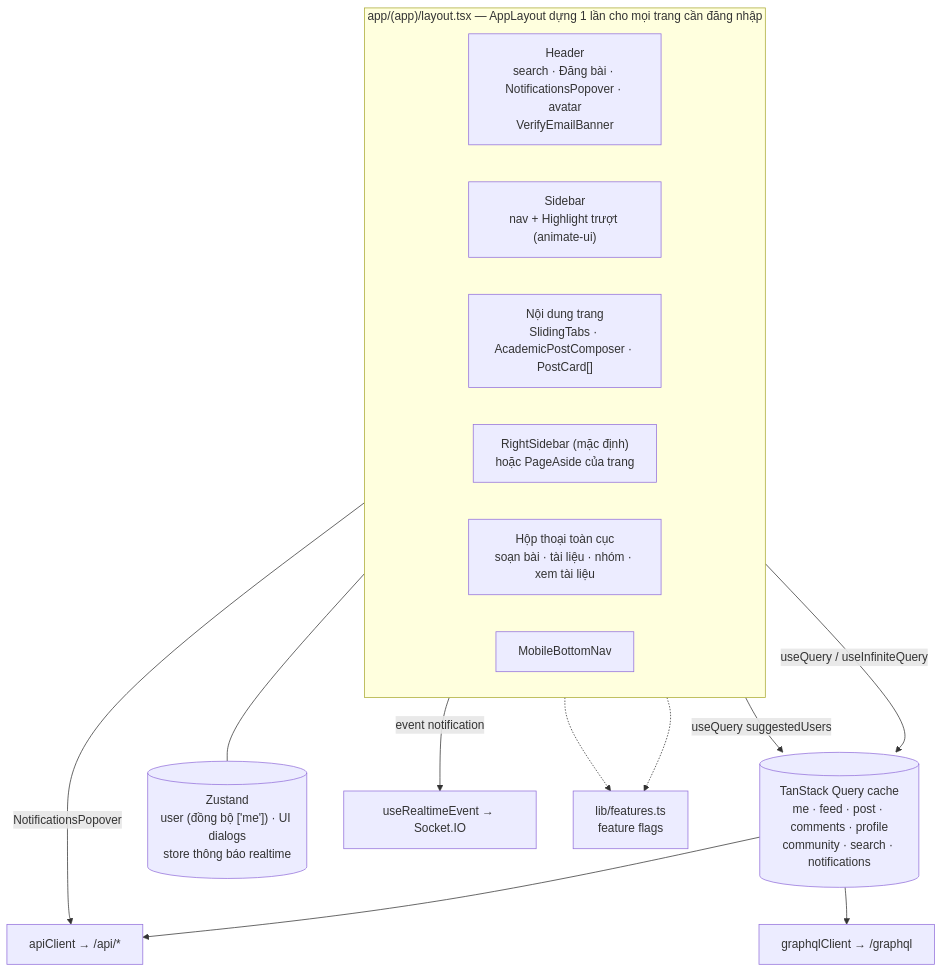
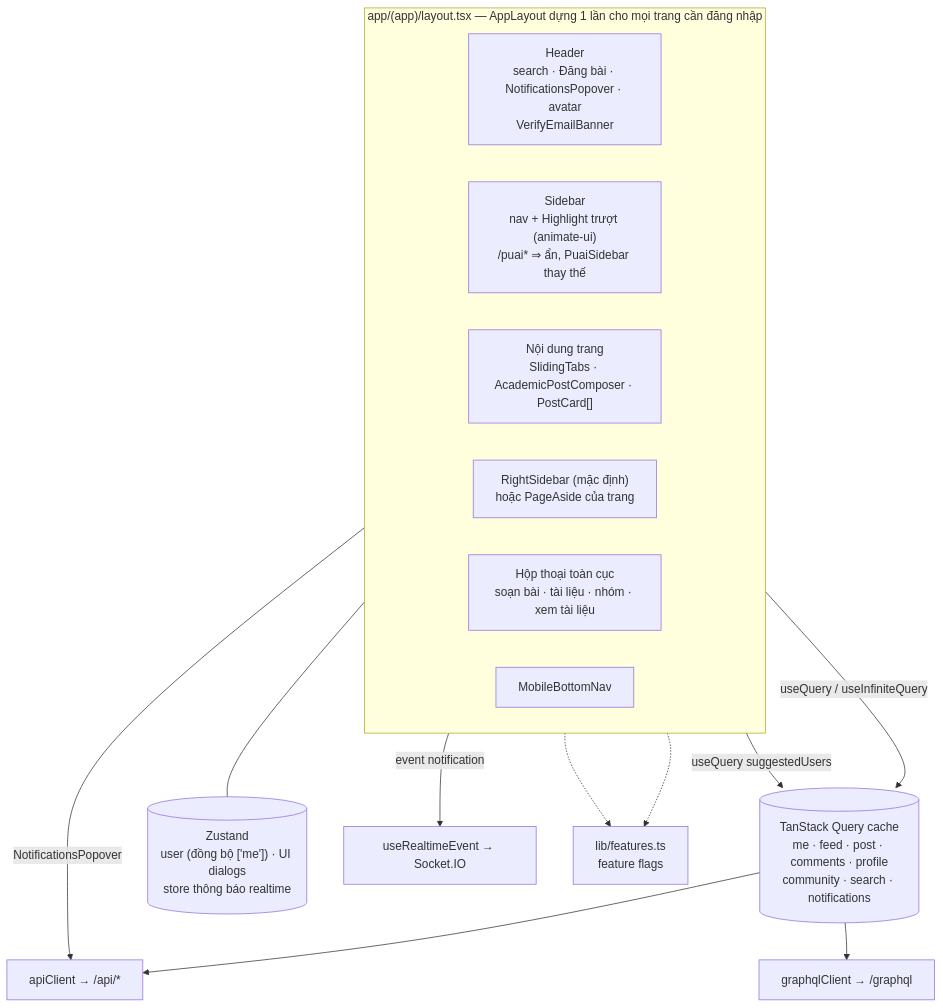
The second of 2 diagrams in docs/diagrams/07-web-app.md (nhatcoi/pu-connect), drawn with Mermaid before and after one commit. The commit also changed other lines of this file and 8 other files, not shown here.

Commit message:
docs(ai): PU AI space spec, FEAT, diagrams

````diff
--- a/docs/diagrams/07-web-app.md
+++ b/docs/diagrams/07-web-app.md
@@ -58,28 +69,28 @@
 ```mermaid
 flowchart TB
   subgraph Shell["app/(app)/layout.tsx — AppLayout dựng 1 lần cho mọi trang cần đăng nhập"]
     direction LR
     header["Header<br/>search · Đăng bài · NotificationsPopover · avatar<br/>VerifyEmailBanner"]
-    sidebar["Sidebar<br/>nav + Highlight trượt (animate-ui)"]
+    sidebar["Sidebar<br/>nav + Highlight trượt (animate-ui)<br/>/puai* ⇒ ẩn, PuaiSidebar thay thế"]
     main["Nội dung trang<br/>SlidingTabs · AcademicPostComposer · PostCard[]"]
     right["RightSidebar (mặc định)<br/>hoặc PageAside của trang"]
     dialogs["Hộp thoại toàn cục<br/>soạn bài · tài liệu · nhóm · xem tài liệu"]
     mnav["MobileBottomNav"]
   end
 
   rq[("TanStack Query cache<br/>me · feed · post · comments · profile<br/>community · search · notifications")]
   store[("Zustand<br/>user (đồng bộ ['me']) · UI dialogs<br/>store thông báo realtime")]
   rest["apiClient → /api/*"]
   gql["graphqlClient → /graphql"]
   rt["useRealtimeEvent → Socket.IO"]
   flags["lib/features.ts<br/>feature flags"]
 
   main -->|useQuery / useInfiniteQuery| rq
   right -->|useQuery suggestedUsers| rq
   rq --> rest & gql
   sidebar -.-> flags
   right -.-> flags
   header -->|NotificationsPopover| rest
   header -->|event notification| rt
   Shell --- store
 ```
````
